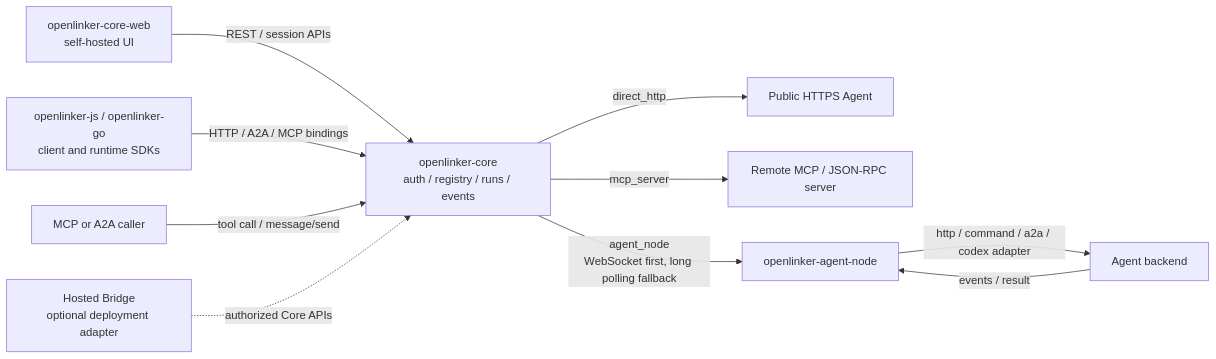
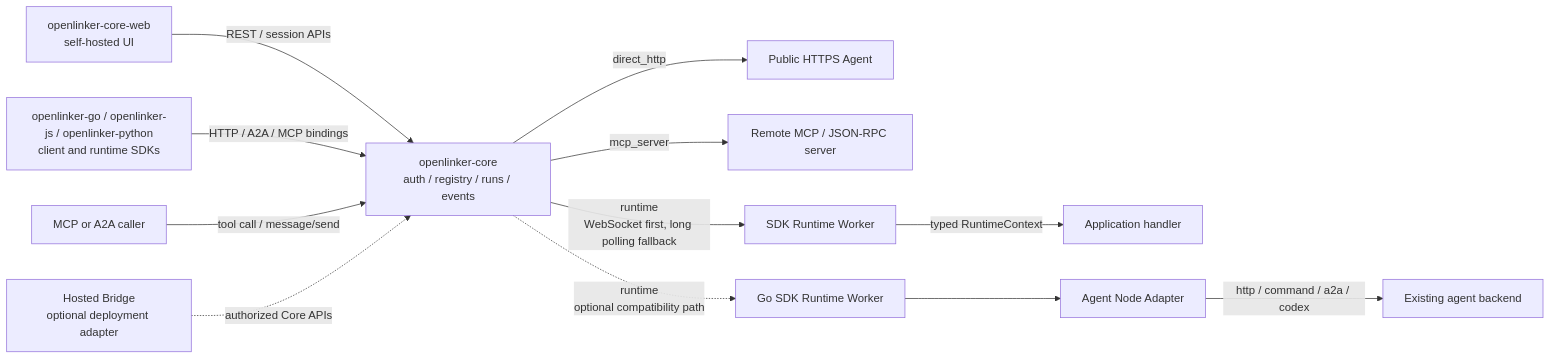
Before and after one commit to Frank-svg-dev/openlinker-core: the first of 2 diagrams in README.md, drawn with Mermaid. The commit also changed other lines of this file and 117 other files, not shown here.

Commit message:
refactor(runtime)!: make SDK worker the canonical boundary

````diff
--- a/README.md
+++ b/README.md
@@ -55,16 +55,19 @@
 ```mermaid
 flowchart LR
   CoreWeb["openlinker-core-web<br/>self-hosted UI"] -->|"REST / session APIs"| Core
-  SDKs["openlinker-js / openlinker-go<br/>client and runtime SDKs"] -->|"HTTP / A2A / MCP bindings"| Core
+  SDKs["openlinker-go / openlinker-js / openlinker-python<br/>client and runtime SDKs"] -->|"HTTP / A2A / MCP bindings"| Core
   MCPCaller["MCP or A2A caller"] -->|"tool call / message/send"| Core
 
   HostedBridge["Hosted Bridge<br/>optional deployment adapter"] -.->|"authorized Core APIs"| Core
 
   Core["openlinker-core<br/>auth / registry / runs / events"]
 
   Core -->|"direct_http"| HTTPAgent["Public HTTPS Agent"]
   Core -->|"mcp_server"| MCPAgent["Remote MCP / JSON-RPC server"]
-  Core -->|"agent_node<br/>WebSocket first, long polling fallback"| AgentNode["openlinker-agent-node"]
-  AgentNode -->|"http / command / a2a / codex adapter"| Backend["Agent backend"]
-  Backend -->|"events / result"| AgentNode
+  Core -->|"runtime<br/>WebSocket first, long polling fallback"| RuntimeWorker["SDK Runtime Worker"]
+  RuntimeWorker -->|"typed RuntimeContext"| Handler["Application handler"]
+
+  Core -.->|"runtime<br/>optional compatibility path"| AdapterWorker["Go SDK Runtime Worker"]
+  AdapterWorker --> AgentNode["Agent Node Adapter"]
+  AgentNode -->|"http / command / a2a / codex"| Backend["Existing agent backend"]
 ```
````
